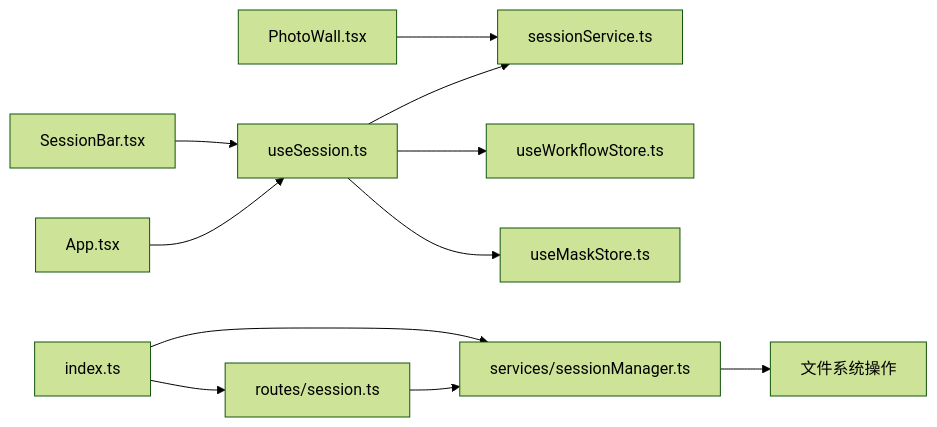
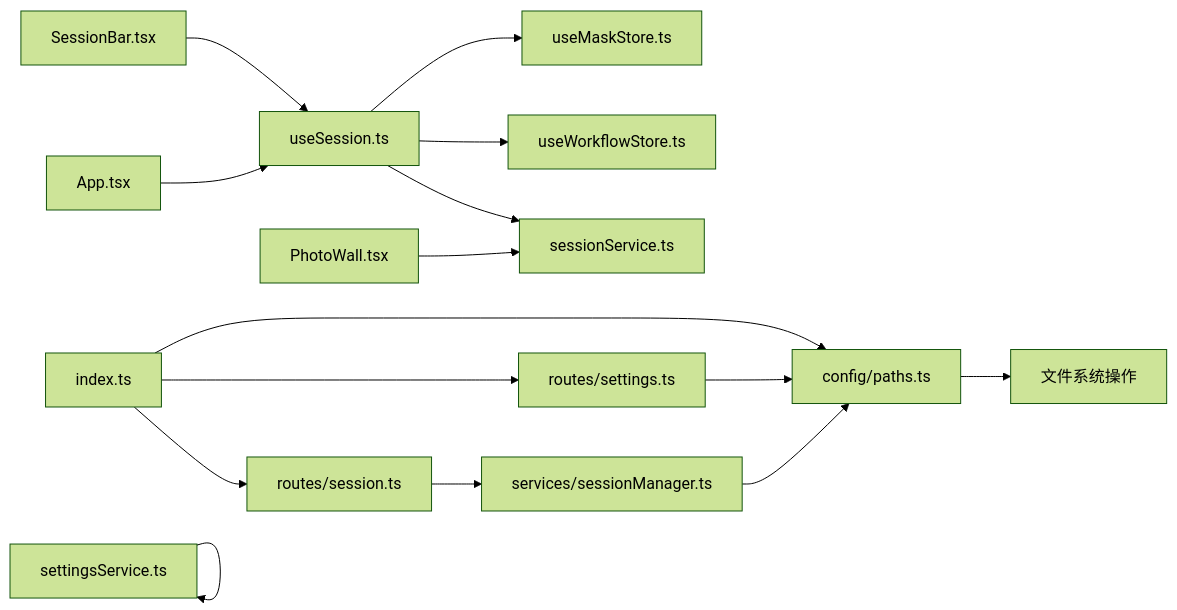
The fifth of 5 diagrams in .qoder/repowiki/zh/content/后端服务/会话管理服务.md (billye220670/CorineKit_Pix2Real), drawn with Mermaid (forest theme) before and after one commit. The commit also changed other lines of this file and 13 other files, not shown here.

````diff
--- a/.qoder/repowiki/zh/content/后端服务/会话管理服务.md
+++ b/.qoder/repowiki/zh/content/后端服务/会话管理服务.md
@@ -355,13 +431,17 @@
 ```mermaid
 graph LR
 US["useSession.ts"] --> SS["sessionService.ts"]
 US --> WS["useWorkflowStore.ts"]
 US --> MS["useMaskStore.ts"]
 APP["App.tsx"] --> US
 SB["SessionBar.tsx"] --> US
+STS["Settings.tsx"] --> STS["settingsService.ts"]
 PW["PhotoWall.tsx"] --> SS
 SR["routes/session.ts"] --> SM["services/sessionManager.ts"]
-SM --> FS["文件系统操作"]
+ST["routes/settings.ts"] --> PC["config/paths.ts"]
+SM --> PC
+PC --> FS["文件系统操作"]
 IDX["index.ts"] --> SR
-IDX --> SM
+IDX --> ST
+IDX --> PC
 ```
````
